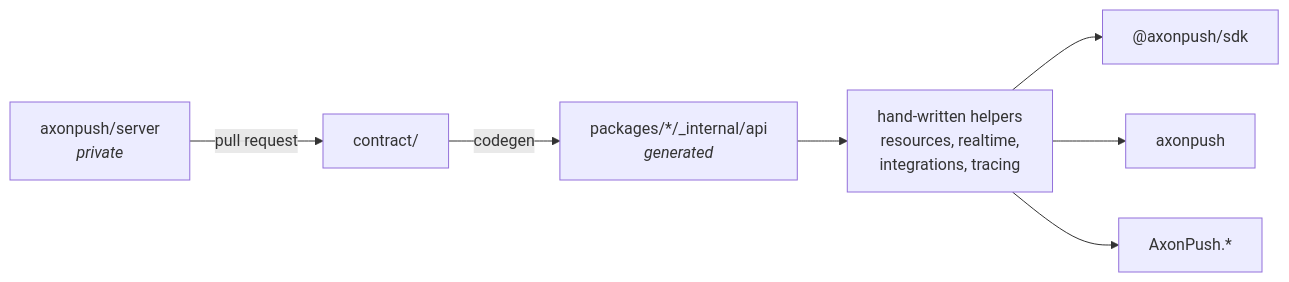
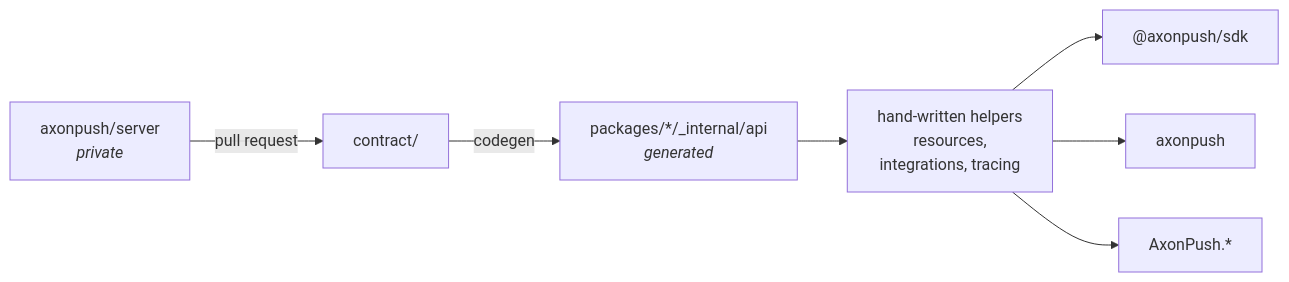
The diagram in README.md (axonpush/sdks), drawn with Mermaid before and after one commit. The commit also changed other lines of this file and 68 other files, not shown here.

````diff
--- a/README.md
+++ b/README.md
@@ -17,9 +17,9 @@
 ```mermaid
 flowchart LR
     S["axonpush/server<br/><i>private</i>"] -- pull request --> C["contract/"]
     C -- codegen --> G["packages/*/_internal/api<br/><i>generated</i>"]
-    G --> H["hand-written helpers<br/>resources, realtime,<br/>integrations, tracing"]
+    G --> H["hand-written helpers<br/>resources,<br/>integrations, tracing"]
     H --> N["@axonpush/sdk"]
     H --> P["axonpush"]
     H --> D["AxonPush.*"]
 ```
````
